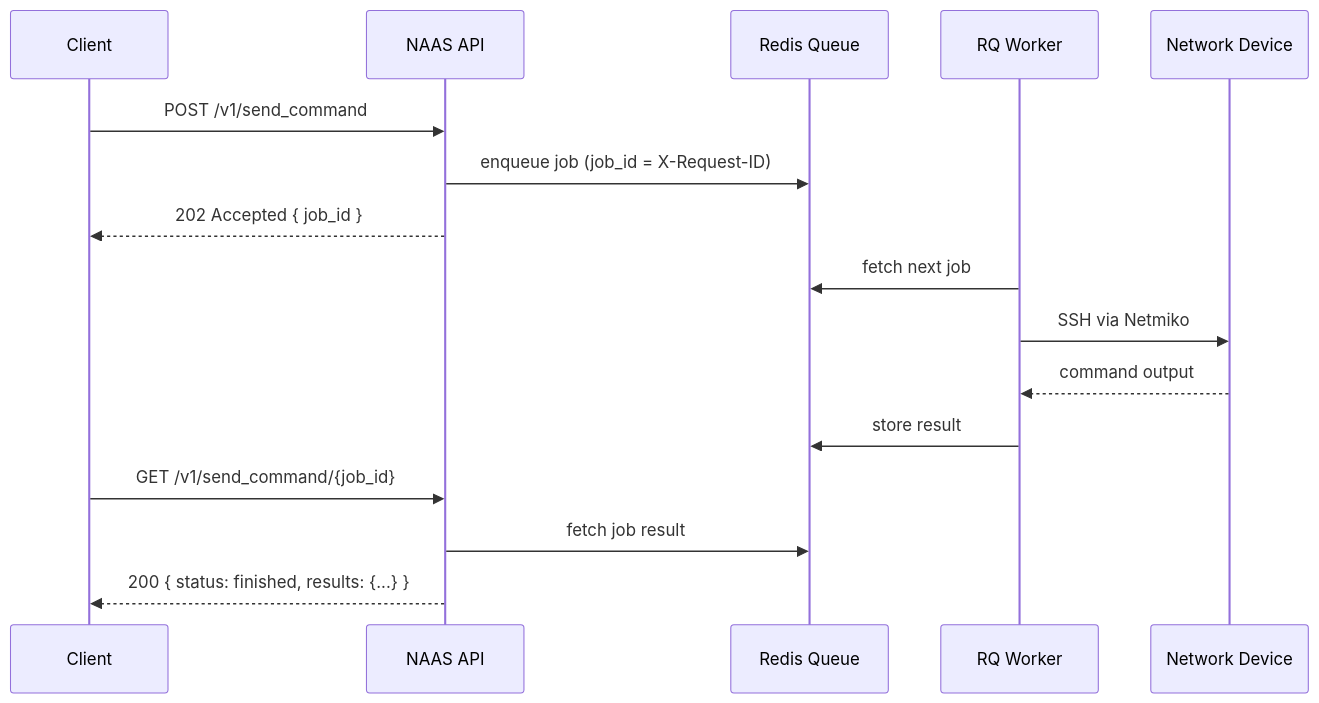
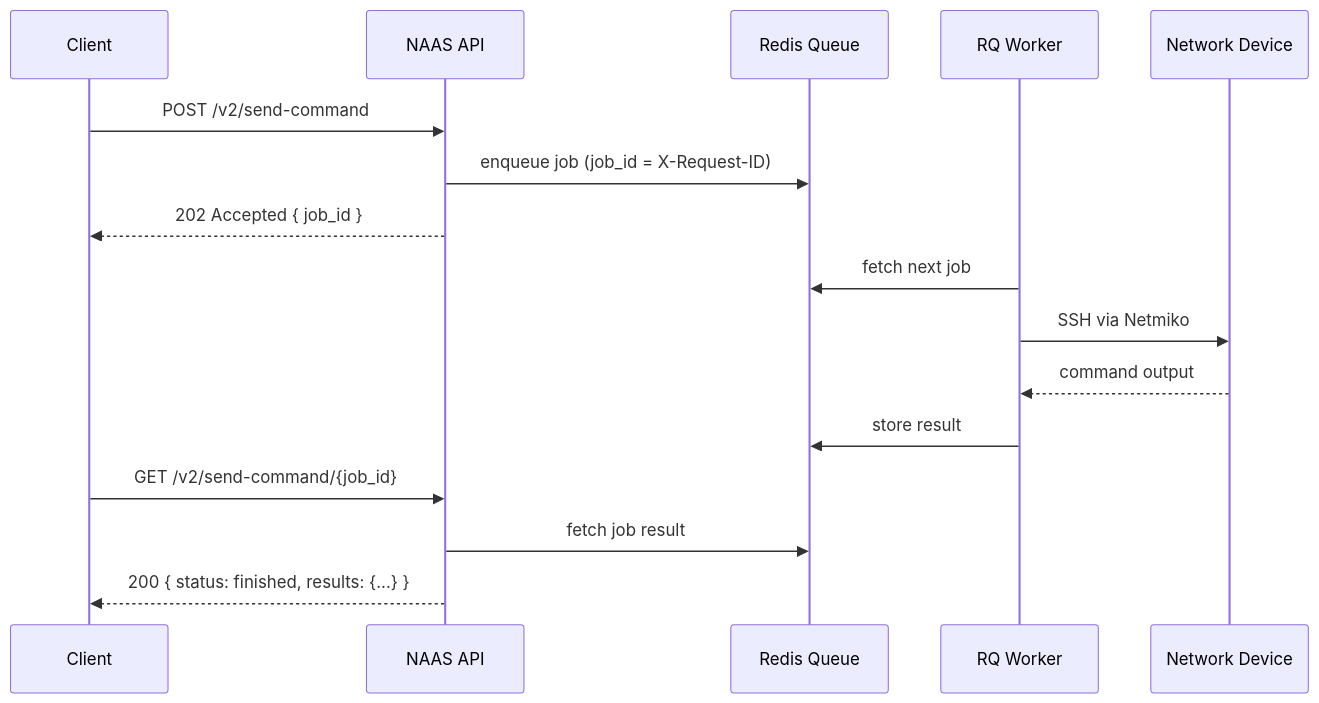
Before and after one commit to lykinsbd/naas: the first of 3 diagrams in docs/architecture.md, drawn with Mermaid. The commit also changed other lines of this file and 11 other files, not shown here.

````diff
--- a/docs/architecture.md
+++ b/docs/architecture.md
@@ -7,21 +7,21 @@
 ```mermaid
 sequenceDiagram
     participant Client
     participant API as NAAS API
     participant Queue as Redis Queue
     participant Worker as RQ Worker
     participant Device as Network Device
 
-    Client->>API: POST /v1/send_command
+    Client->>API: POST /v2/send-command
     API->>Queue: enqueue job (job_id = X-Request-ID)
     API-->>Client: 202 Accepted { job_id }
 
     Worker->>Queue: fetch next job
     Worker->>Device: SSH via Netmiko
     Device-->>Worker: command output
     Worker->>Queue: store result
 
-    Client->>API: GET /v1/send_command/{job_id}
+    Client->>API: GET /v2/send-command/{job_id}
     API->>Queue: fetch job result
     API-->>Client: 200 { status: finished, results: {...} }
 ```
````
